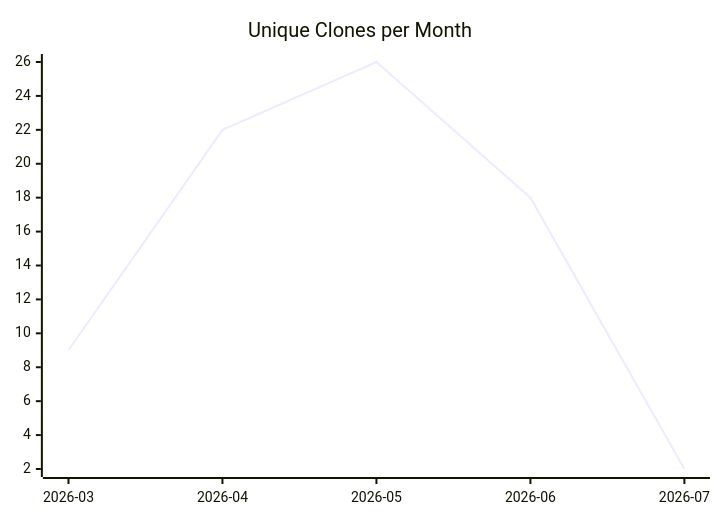
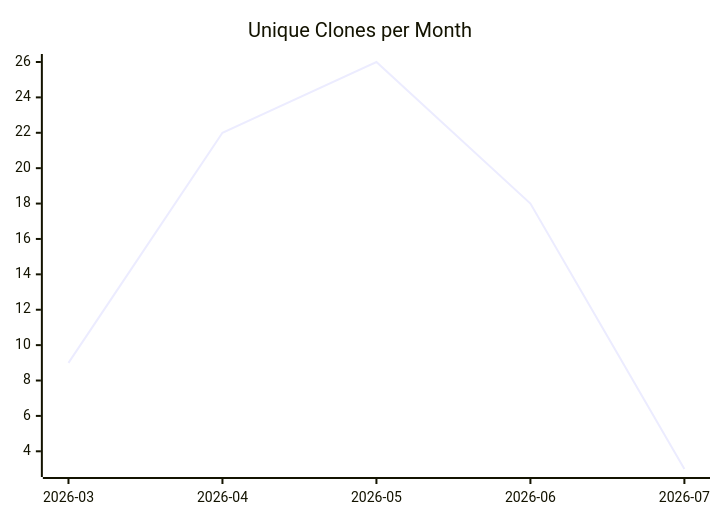
One commit to justdavis-family/github-analytics-data changed the third of 3 diagrams in karlmdavis/lego-ev3dev-rs/README.md. Above: the diagram before and after it, drawn with Mermaid. The commit also changed other lines of this file and 185 other files, not shown here.

````diff
--- a/karlmdavis/lego-ev3dev-rs/README.md
+++ b/karlmdavis/lego-ev3dev-rs/README.md
@@ -19,6 +19,6 @@
 ```mermaid
 xychart-beta
   title "Unique Clones per Month"
   x-axis ["2026-03", "2026-04", "2026-05", "2026-06", "2026-07"]
-  line [9, 22, 26, 18, 2]
+  line [9, 22, 26, 18, 3]
 ```
````
